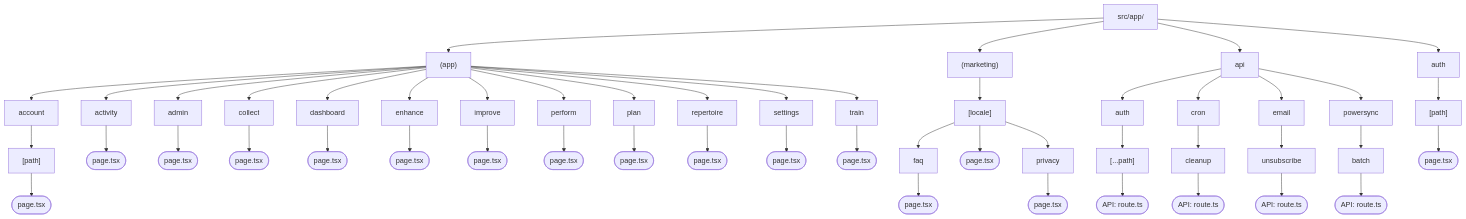
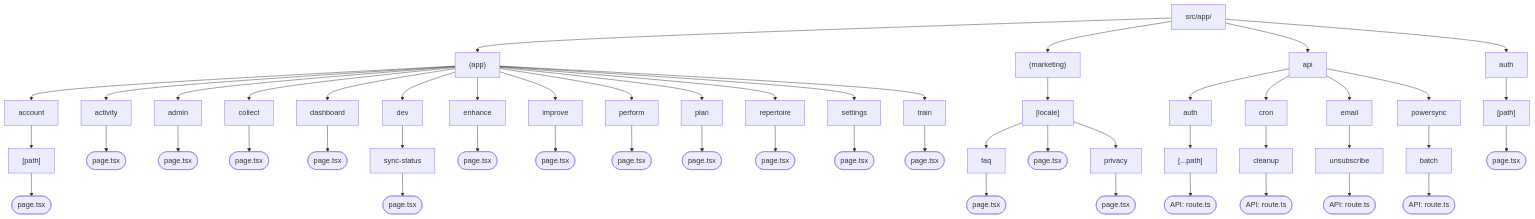
The diagram in docs/diagrams/route-map.md (julienroussel/tml), drawn with Mermaid before and after one commit. The commit also changed 27 other files, not shown here.

First line of the commit message:
feat(sync): degraded-state pill, bucket-health hook, dev diagnostic page (#332) (#342)

````diff
--- a/docs/diagrams/route-map.md
+++ b/docs/diagrams/route-map.md
@@ -5,53 +5,56 @@
 ```mermaid
 graph TD
   root["src/app/"]
   root --> n0["(app)"]
   n0 --> n1["account"]
   n1 --> n2["[path]"]
   n2 --> n3(["page.tsx"])
   n0 --> n4["activity"]
   n4 --> n5(["page.tsx"])
   n0 --> n6["admin"]
   n6 --> n7(["page.tsx"])
   n0 --> n8["collect"]
   n8 --> n9(["page.tsx"])
   n0 --> n10["dashboard"]
   n10 --> n11(["page.tsx"])
-  n0 --> n12["enhance"]
-  n12 --> n13(["page.tsx"])
-  n0 --> n14["improve"]
-  n14 --> n15(["page.tsx"])
-  n0 --> n17["perform"]
+  n0 --> n12["dev"]
+  n12 --> n13["sync-status"]
+  n13 --> n14(["page.tsx"])
+  n0 --> n15["enhance"]
+  n15 --> n16(["page.tsx"])
+  n0 --> n17["improve"]
   n17 --> n18(["page.tsx"])
-  n0 --> n19["plan"]
-  n19 --> n20(["page.tsx"])
-  n0 --> n21["repertoire"]
-  n21 --> n22(["page.tsx"])
-  n0 --> n23["settings"]
-  n23 --> n24(["page.tsx"])
-  n0 --> n25["train"]
-  n25 --> n26(["page.tsx"])
-  root --> n27["(marketing)"]
-  n27 --> n28["[locale]"]
-  n28 --> n29["faq"]
-  n29 --> n30(["page.tsx"])
-  n28 --> n32(["page.tsx"])
-  n28 --> n33["privacy"]
-  n33 --> n34(["page.tsx"])
-  root --> n35["api"]
-  n35 --> n36["auth"]
-  n36 --> n37["[...path]"]
-  n37 --> n38(["API: route.ts"])
-  n35 --> n39["cron"]
-  n39 --> n40["cleanup"]
+  n0 --> n20["perform"]
+  n20 --> n21(["page.tsx"])
+  n0 --> n22["plan"]
+  n22 --> n23(["page.tsx"])
+  n0 --> n24["repertoire"]
+  n24 --> n25(["page.tsx"])
+  n0 --> n26["settings"]
+  n26 --> n27(["page.tsx"])
+  n0 --> n28["train"]
+  n28 --> n29(["page.tsx"])
+  root --> n30["(marketing)"]
+  n30 --> n31["[locale]"]
+  n31 --> n32["faq"]
+  n32 --> n33(["page.tsx"])
+  n31 --> n35(["page.tsx"])
+  n31 --> n36["privacy"]
+  n36 --> n37(["page.tsx"])
+  root --> n38["api"]
+  n38 --> n39["auth"]
+  n39 --> n40["[...path]"]
   n40 --> n41(["API: route.ts"])
-  n35 --> n42["email"]
-  n42 --> n43["unsubscribe"]
+  n38 --> n42["cron"]
+  n42 --> n43["cleanup"]
   n43 --> n44(["API: route.ts"])
-  n35 --> n45["powersync"]
-  n45 --> n46["batch"]
+  n38 --> n45["email"]
+  n45 --> n46["unsubscribe"]
   n46 --> n47(["API: route.ts"])
-  root --> n48["auth"]
-  n48 --> n49["[path]"]
-  n49 --> n50(["page.tsx"])
+  n38 --> n48["powersync"]
+  n48 --> n49["batch"]
+  n49 --> n50(["API: route.ts"])
+  root --> n51["auth"]
+  n51 --> n52["[path]"]
+  n52 --> n53(["page.tsx"])
 ```
````
